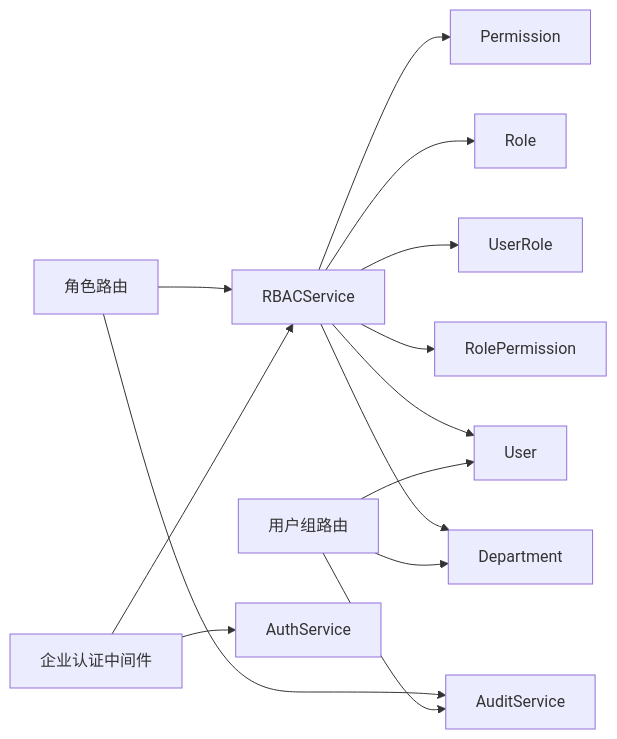
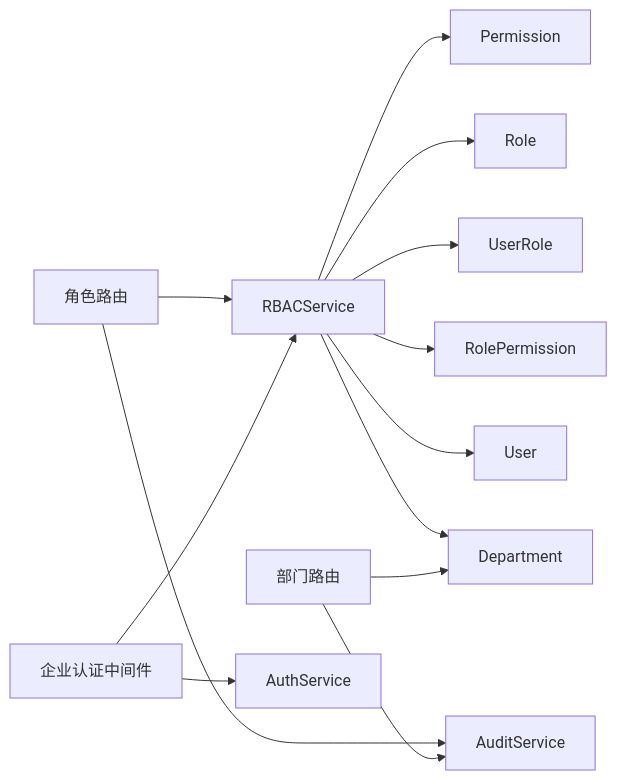
One commit to joezxh/CoPaw changed diagram 11 of 11 in .qoder/repowiki/zh/content/企业功能/RBAC 权限系统.md. Above: the diagram before and after it, drawn with Mermaid. The commit also changed other lines of this file and 20 other files, not shown here.

````diff
--- a/.qoder/repowiki/zh/content/企业功能/RBAC 权限系统.md
+++ b/.qoder/repowiki/zh/content/企业功能/RBAC 权限系统.md
@@ -420,16 +485,15 @@
 ```mermaid
 graph LR
 SVC["RBACService"] --> PM["Permission"]
 SVC --> RM["Role"]
 SVC --> UR["UserRole"]
 SVC --> RP["RolePermission"]
 SVC --> UM["User"]
 SVC --> DM["Department"]
 ROLES["角色路由"] --> SVC
 ROLES --> AUD["AuditService"]
-GROUPS["用户组路由"] --> UM
-GROUPS --> DM
-GROUPS --> AUD
+DEPTS["部门路由"] --> DM
+DEPTS --> AUD
 MW["企业认证中间件"] --> AUTH["AuthService"]
 MW --> SVC
 ```
````
